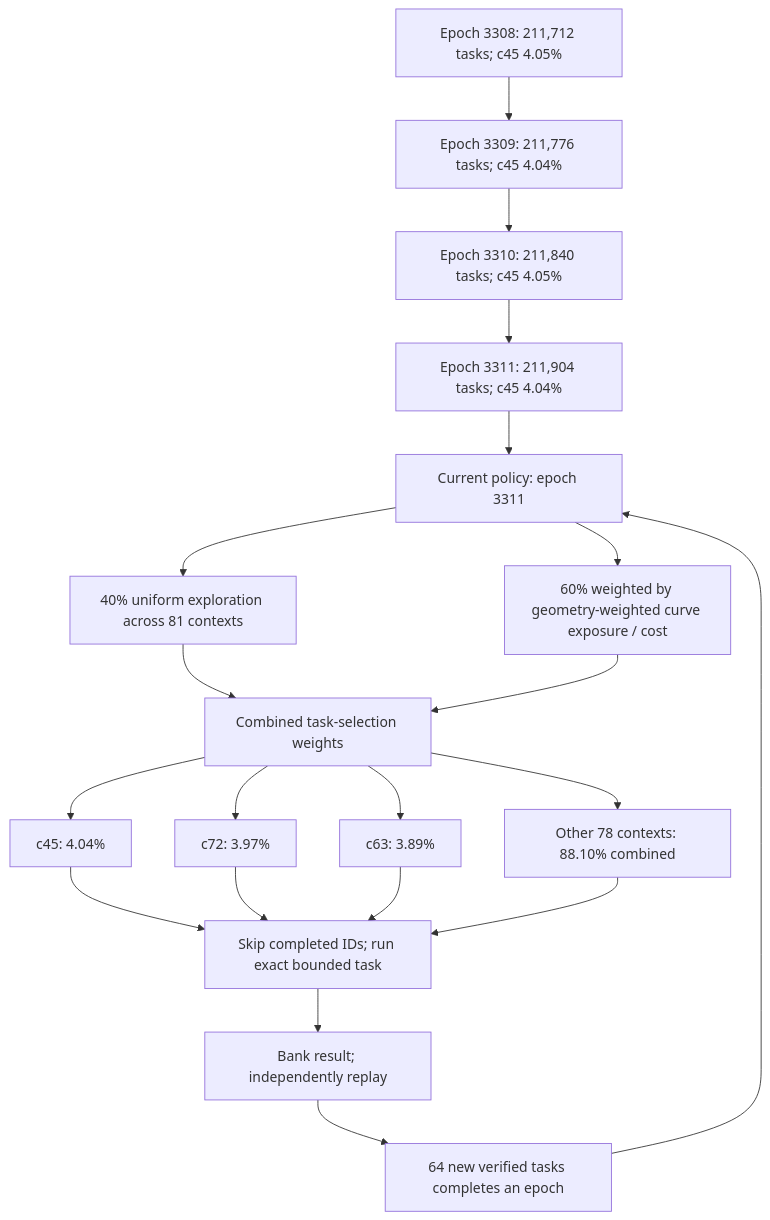
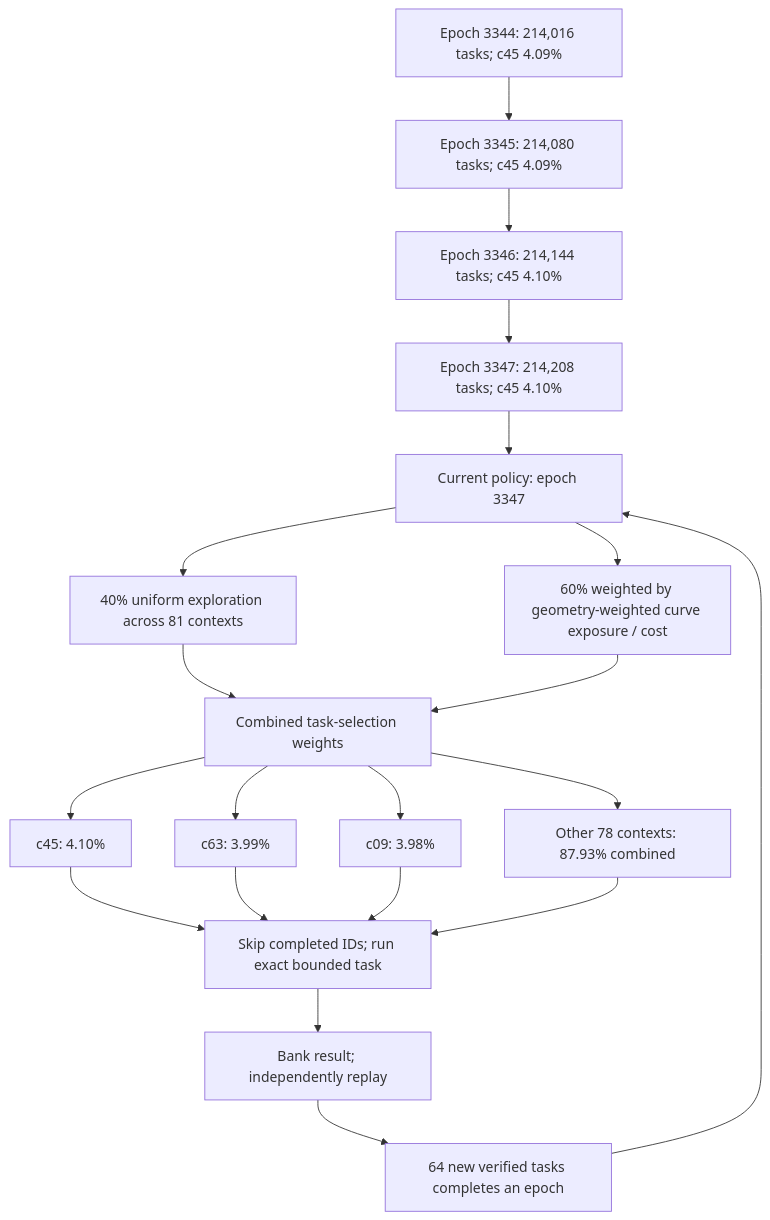
Before and after one commit to Kuberwastaken/math-gambling: the first of 3 diagrams in README.md, drawn with Mermaid. The commit also changed other lines of this file and 4560 other files, not shown here.

````diff
--- a/README.md
+++ b/README.md
@@ -60,27 +60,27 @@
 ```mermaid
 flowchart TD
-    H0["Epoch 3308: 211,712 tasks; c45 4.05%"]
-    H1["Epoch 3309: 211,776 tasks; c45 4.04%"]
+    H0["Epoch 3344: 214,016 tasks; c45 4.09%"]
+    H1["Epoch 3345: 214,080 tasks; c45 4.09%"]
     H0 --> H1
-    H2["Epoch 3310: 211,840 tasks; c45 4.05%"]
+    H2["Epoch 3346: 214,144 tasks; c45 4.10%"]
     H1 --> H2
-    H3["Epoch 3311: 211,904 tasks; c45 4.04%"]
+    H3["Epoch 3347: 214,208 tasks; c45 4.10%"]
     H2 --> H3
-    Policy["Current policy: epoch 3311"]
+    Policy["Current policy: epoch 3347"]
     H3 --> Policy
     Policy --> Explore["40% uniform exploration across 81 contexts"]
     Policy --> Cost["60% weighted by geometry-weighted curve exposure / cost"]
     Explore --> Mix["Combined task-selection weights"]
     Cost --> Mix
-    Mix --> C0["c45: 4.04%"]
-    Mix --> C1["c72: 3.97%"]
-    Mix --> C2["c63: 3.89%"]
-    Mix --> Rest["Other 78 contexts: 88.10% combined"]
+    Mix --> C0["c45: 4.10%"]
+    Mix --> C1["c63: 3.99%"]
+    Mix --> C2["c09: 3.98%"]
+    Mix --> Rest["Other 78 contexts: 87.93% combined"]
     C0 --> Check["Skip completed IDs; run exact bounded task"]
     C1 --> Check
     C2 --> Check
     Rest --> Check
     Check --> Replay["Bank result; independently replay"]
     Replay --> Gate["64 new verified tasks completes an epoch"]
     Gate --> Policy
 ```
````
